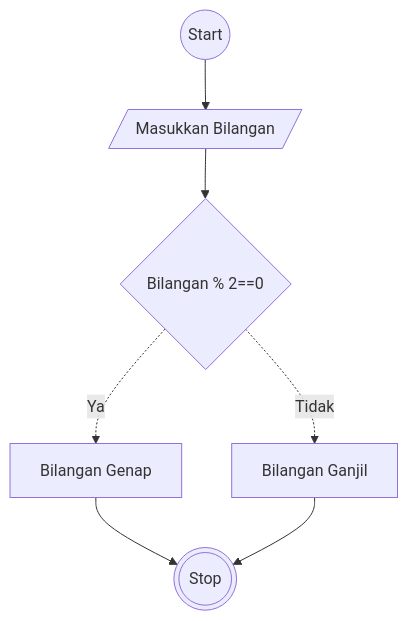
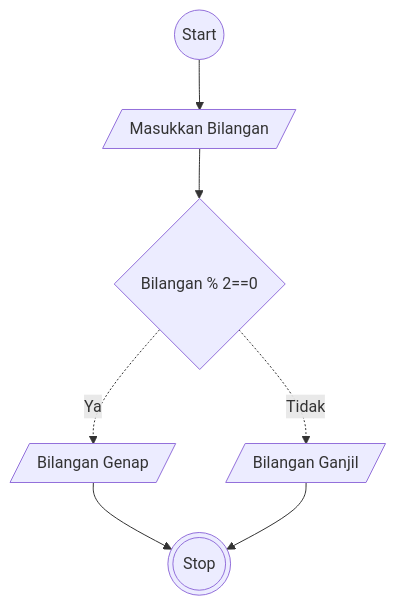
One commit to dimastadeoo/koda-b8-algoritma changed the diagram in ganjil-genap.md. Above: the diagram before and after it, drawn with Mermaid.

````diff
--- a/ganjil-genap.md
+++ b/ganjil-genap.md
@@ -16,18 +16,18 @@
 ```mermaid
 flowchart TD
     A@{ shape: circle, label: "Start" }
     
     B@{ shape: lean-r, label: "Masukkan Bilangan" }
 
     C@{ shape: diamond, label: "Bilangan % 2==0" }
 
-    D@{ shape: rect, label: "Bilangan Ganjil" }
-    E@{ shape: rect, label: "Bilangan Genap" }
+    D@{ shape: lean-r, label: "Bilangan Ganjil" }
+    E@{ shape: lean-r, label: "Bilangan Genap" }
 
     F@{ shape: dbl-circ, label: "Stop" }
 
     A --> B --> C-. Ya .-> E --> F
     C-. Tidak .-> D --> F
 
 
 ```
````
